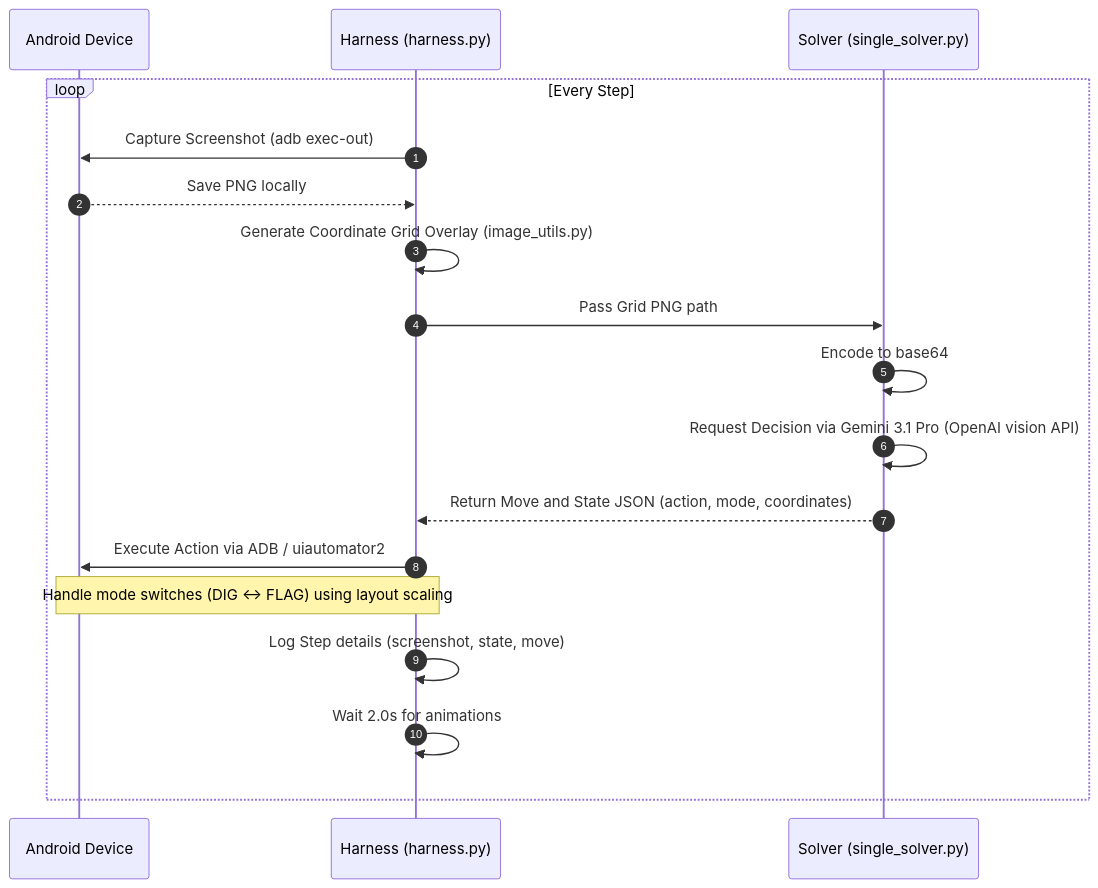
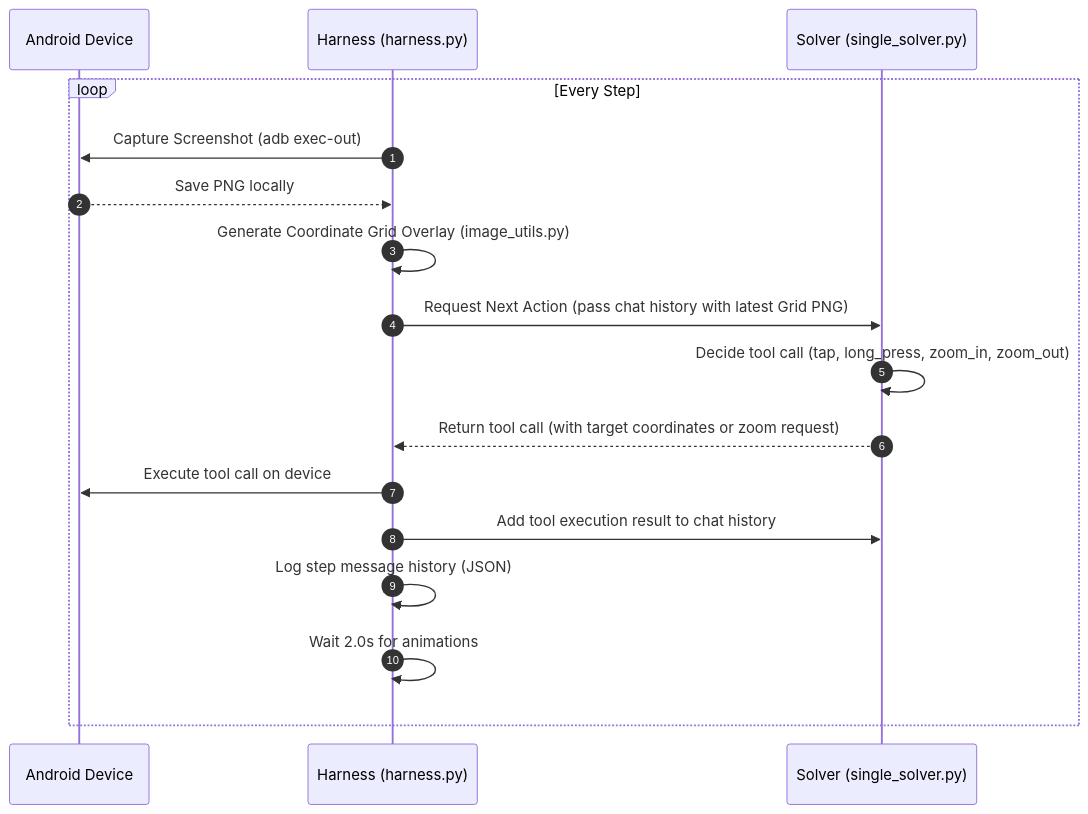
One commit to PythonicVarun/research changed the diagram in llm-minesweeper/README.md. Above: the diagram before and after it, drawn with Mermaid. The commit also changed other lines of this file and 3 other files, not shown here.

````diff
--- a/llm-minesweeper/README.md
+++ b/llm-minesweeper/README.md
@@ -17,21 +17,20 @@
 ```mermaid
 sequenceDiagram
     autonumber
     participant D as Android Device
     participant H as Harness (harness.py)
     participant S as Solver (single_solver.py)
 
     loop Every Step
         H->>D: Capture Screenshot (adb exec-out)
         D-->>H: Save PNG locally
         H->>H: Generate Coordinate Grid Overlay (image_utils.py)
-        H->>S: Pass Grid PNG path
-        S->>S: Encode to base64
-        S->>S: Request Decision via Gemini 3.1 Pro (OpenAI vision API)
-        S-->>H: Return Move and State JSON (action, mode, coordinates)
-        H->>D: Execute Action via ADB / uiautomator2
-        Note over H,D: Handle mode switches (DIG <-> FLAG) using layout scaling
-        H->>H: Log Step details (screenshot, state, move)
+        H->>S: Request Next Action (pass chat history with latest Grid PNG)
+        S->>S: Decide tool call (tap, long_press, zoom_in, zoom_out)
+        S-->>H: Return tool call (with target coordinates or zoom request)
+        H->>D: Execute tool call on device
+        H->>S: Add tool execution result to chat history
+        H->>H: Log step message history (JSON)
         H->>H: Wait 2.0s for animations
     end
 ```
````
